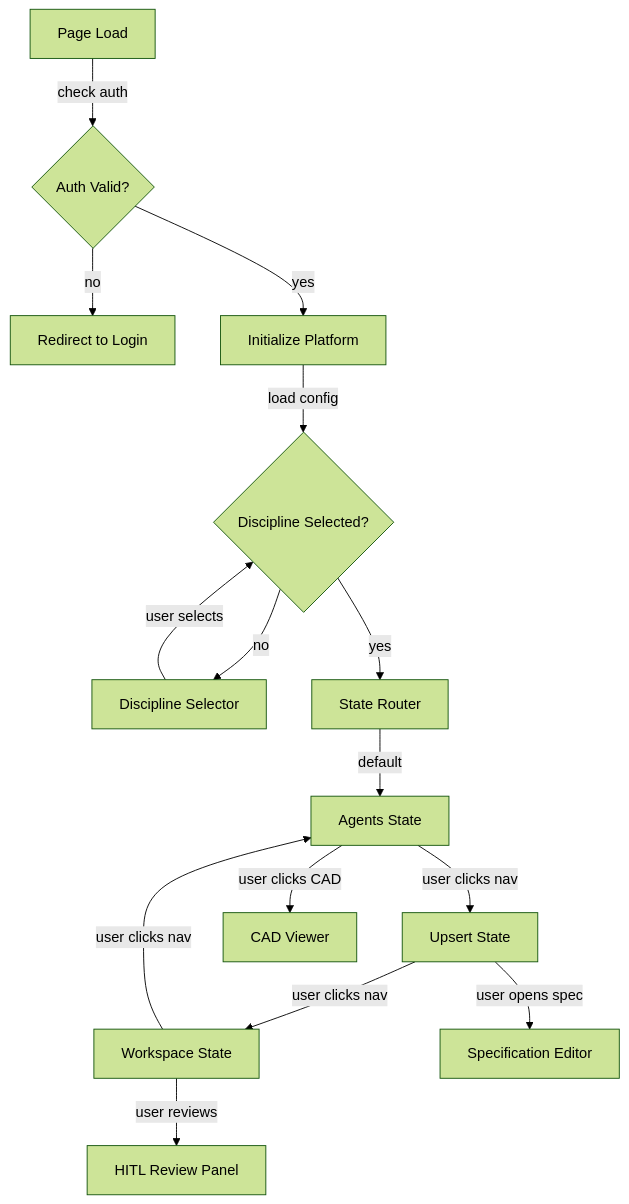
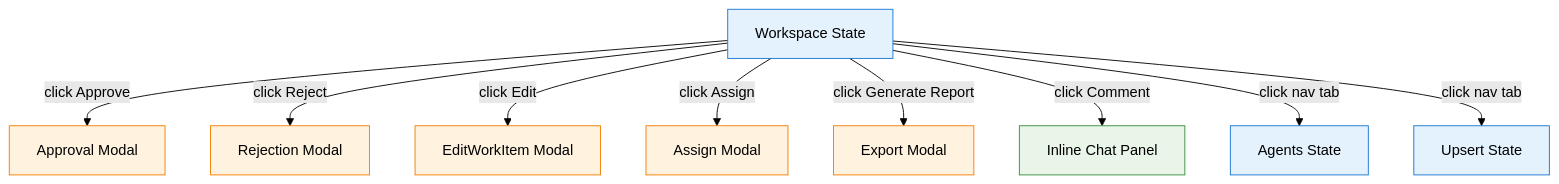
The third of 6 diagrams in disciplines-shared/engineering/UI-UX-SPECIFICATION.md (Construct-AI-primary/docs-paperclip), drawn with Mermaid (forest theme) before and after one commit. The commit also changed other lines of this file and 576 other files, not shown here.

First line of the commit message:
UI-UX specification updates across disciplines, new mermaid templates, knowledge templates, and project specs

````diff
--- a/disciplines-shared/engineering/UI-UX-SPECIFICATION.md
+++ b/disciplines-shared/engineering/UI-UX-SPECIFICATION.md
@@ -257,17 +240,19 @@
 ```mermaid
 flowchart TD
-    LOAD[Page Load] -->|check auth| AUTH{Auth Valid?}
-    AUTH -->|no| LOGIN[Redirect to Login]
-    AUTH -->|yes| INIT[Initialize Platform]
-    INIT -->|load config| DISC{Discipline Selected?}
-    DISC -->|no| SELECTOR[Discipline Selector]
-    SELECTOR -->|user selects| DISC
-    DISC -->|yes| STATE[State Router]
-    STATE -->|default| AGENTS[Agents State]
-    AGENTS -->|user clicks nav| UPSERT[Upsert State]
-    UPSERT -->|user clicks nav| WORKSPACE[Workspace State]
-    WORKSPACE -->|user clicks nav| AGENTS
-    AGENTS -->|user clicks CAD| CAD[CAD Viewer]
-    UPSERT -->|user opens spec| SPEC[Specification Editor]
-    WORKSPACE -->|user reviews| REVIEW[HITL Review Panel]
+    WORKSPACE[Workspace State] -->|click Approve| MODAL1[Approval Modal]
+    WORKSPACE -->|click Reject| MODAL2[Rejection Modal]
+    WORKSPACE -->|click Edit| MODAL3[EditWorkItem Modal]
+    WORKSPACE -->|click Assign| MODAL4[Assign Modal]
+    WORKSPACE -->|click Generate Report| MODAL5[Export Modal]
+    WORKSPACE -->|click Comment| CHAT[Inline Chat Panel]
+    WORKSPACE -->|click nav tab| AGENTS[Agents State]
+    WORKSPACE -->|click nav tab| UPSERT[Upsert State]
+
+    classDef state fill:#e3f2fd,stroke:#1976d2
+    classDef modal fill:#fff3e0,stroke:#f57c00
+    classDef chat fill:#e8f5e8,stroke:#388e3c
+
+    class WORKSPACE,AGENTS,UPSERT state
+    class MODAL1,MODAL2,MODAL3,MODAL4,MODAL5 modal
+    class CHAT chat
 ```
````
